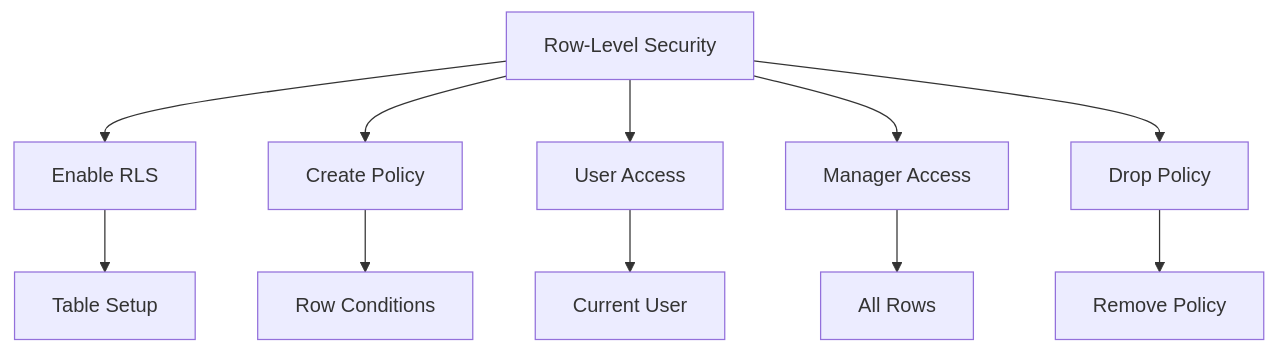
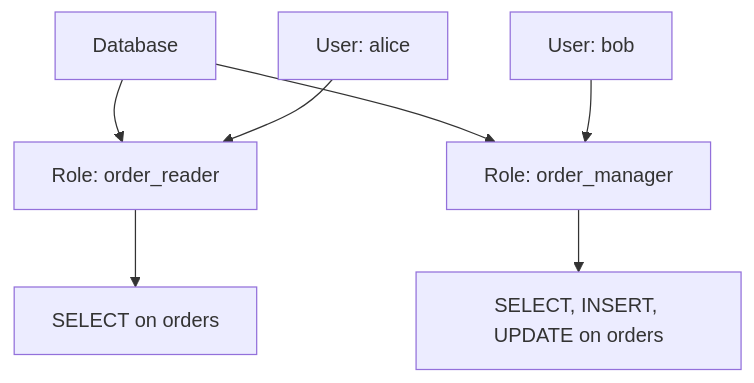
Before and after one commit to ak9347128658/Backend_nodejs: the first of 3 diagrams in week1_2/code/sql_postgres/week4/day3/README.md, drawn with Mermaid. The commit also changed other lines of this file, not shown here.

````diff
--- a/week1_2/code/sql_postgres/week4/day3/README.md
+++ b/week1_2/code/sql_postgres/week4/day3/README.md
@@ -137,13 +63,9 @@
 ```mermaid
 graph TD
-    A[Row-Level Security] --> B[Enable RLS]
-    A --> C[Create Policy]
-    A --> D[User Access]
-    A --> E[Manager Access]
-    A --> F[Drop Policy]
-    B --> B1[Table Setup]
-    C --> C1[Row Conditions]
-    D --> D1[Current User]
-    E --> E1[All Rows]
-    F --> F1[Remove Policy]
+    A[Database] --> B[Role: order_reader]
+    A --> C[Role: order_manager]
+    B --> D[SELECT on orders]
+    C --> E[SELECT, INSERT, UPDATE on orders]
+    F[User: alice] --> B
+    G[User: bob] --> C
 ```
````
